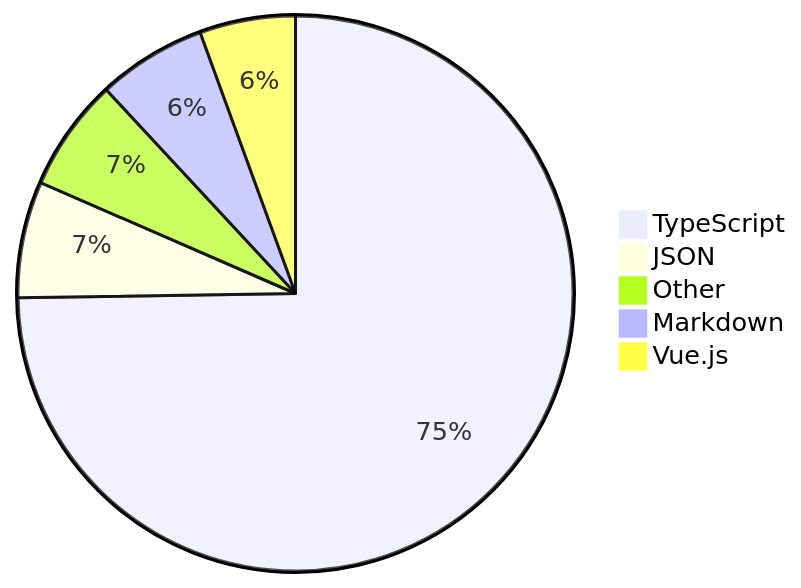
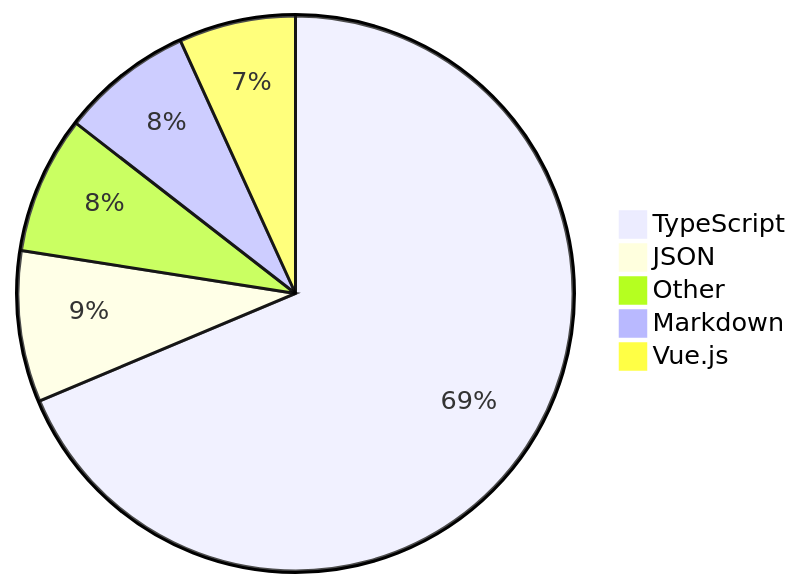
The diagram in README.md (skvggor/skvggor), drawn with Mermaid before and after one commit.

Commit message:
Updated waka-readme graph with new metrics

````diff
--- a/README.md
+++ b/README.md
@@ -39,8 +39,8 @@
 ```mermaid
 pie
-    "TypeScript" : 68.4
-    "JSON" : 6.2
-    "Other" : 6.0
-    "Markdown" : 5.8
-    "Vue.js" : 5.1
+    "TypeScript" : 61.6
+    "JSON" : 7.9
+    "Other" : 7.2
+    "Markdown" : 6.9
+    "Vue.js" : 6.1
 ```
````
